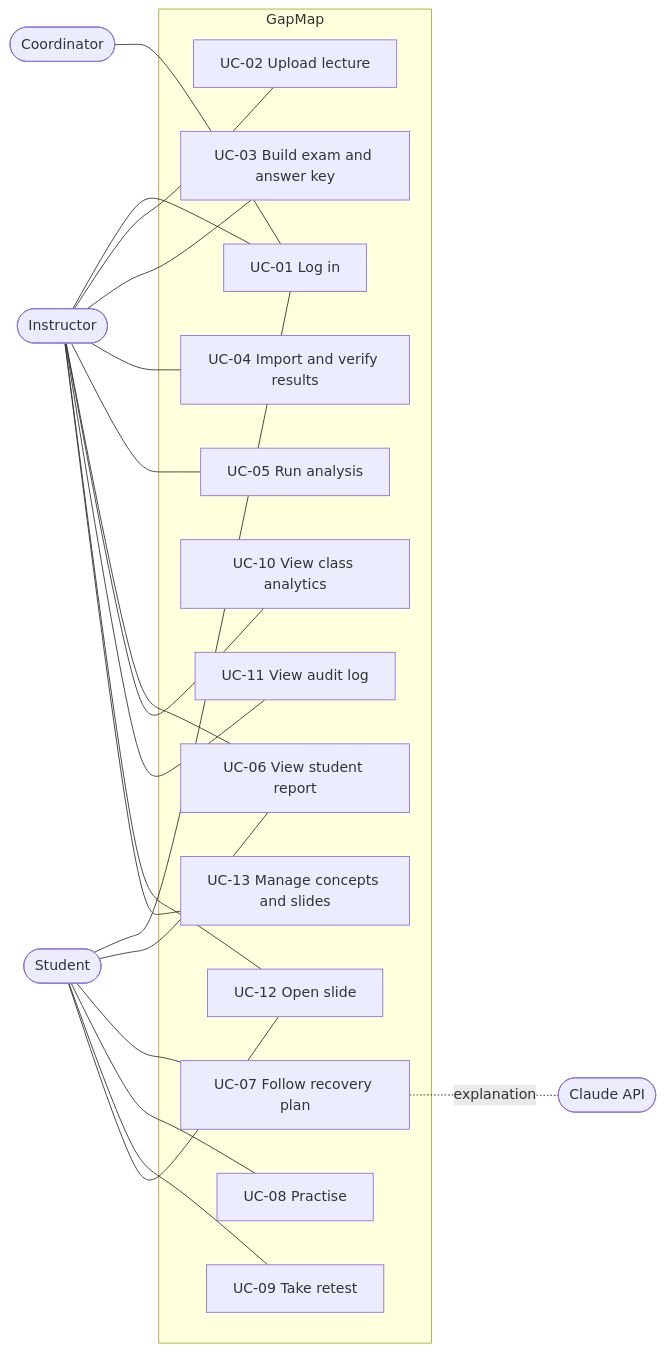
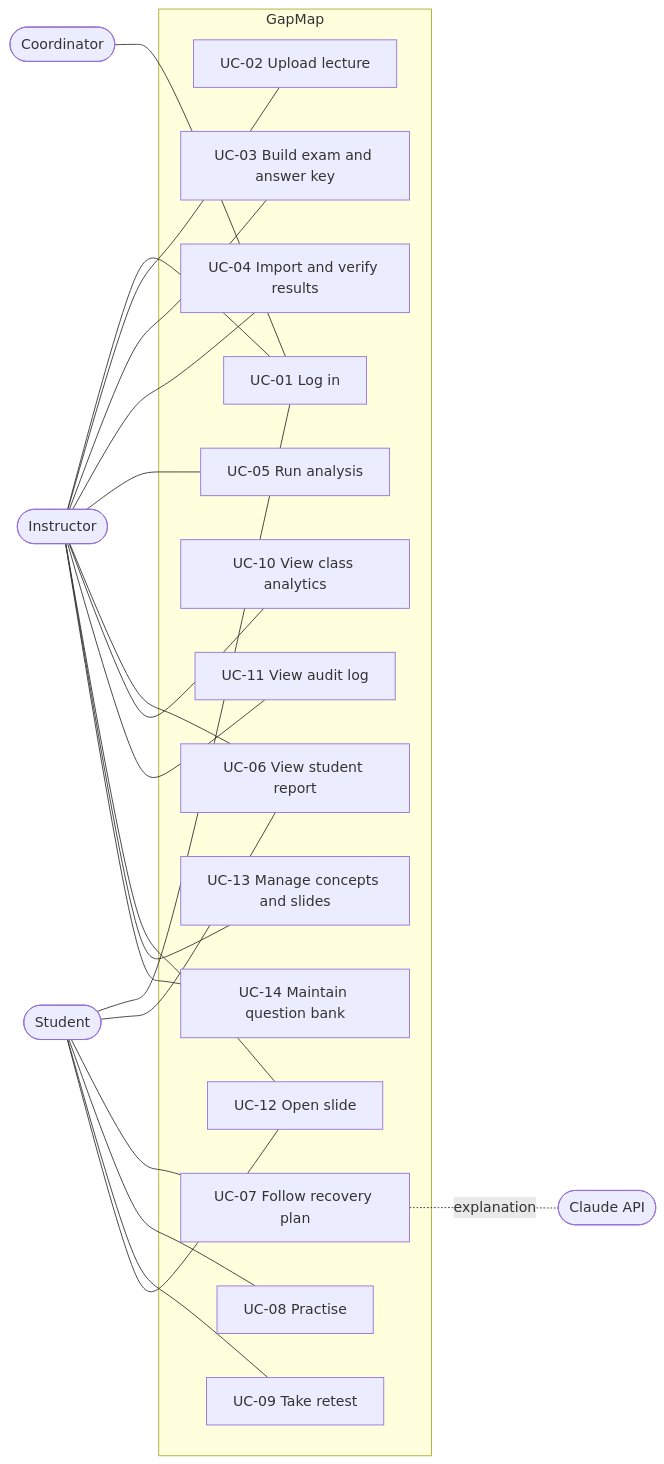
One commit to AhmedEbrahem25/gapmap changed the diagram in docs/submission/03-Analysis/Use-Cases.md. Above: the diagram before and after it, drawn with Mermaid. The commit also changed other lines of this file and 34 other files, not shown here.

First line of the commit message:
S10: question bank review in the app (FR-39, BR-10, BR-11)

````diff
--- a/docs/submission/03-Analysis/Use-Cases.md
+++ b/docs/submission/03-Analysis/Use-Cases.md
@@ -15,26 +15,27 @@
 ```mermaid
 flowchart LR
   I([Instructor])
   S([Student])
   C([Coordinator])
   L([Claude API])
   subgraph GapMap
     UC1[UC-01 Log in]
     UC2[UC-02 Upload lecture]
     UC3[UC-03 Build exam and answer key]
     UC4[UC-04 Import and verify results]
     UC5[UC-05 Run analysis]
     UC6[UC-06 View student report]
     UC7[UC-07 Follow recovery plan]
     UC8[UC-08 Practise]
     UC9[UC-09 Take retest]
     UC10[UC-10 View class analytics]
     UC11[UC-11 View audit log]
     UC12[UC-12 Open slide]
     UC13[UC-13 Manage concepts and slides]
+    UC14[UC-14 Maintain question bank]
   end
-  I --- UC1 & UC2 & UC3 & UC4 & UC5 & UC6 & UC10 & UC11 & UC12 & UC13
+  I --- UC1 & UC2 & UC3 & UC4 & UC5 & UC6 & UC10 & UC11 & UC12 & UC13 & UC14
   S --- UC1 & UC6 & UC7 & UC8 & UC9 & UC12
   C --- UC1
   UC7 -. explanation .- L
 ```
````
